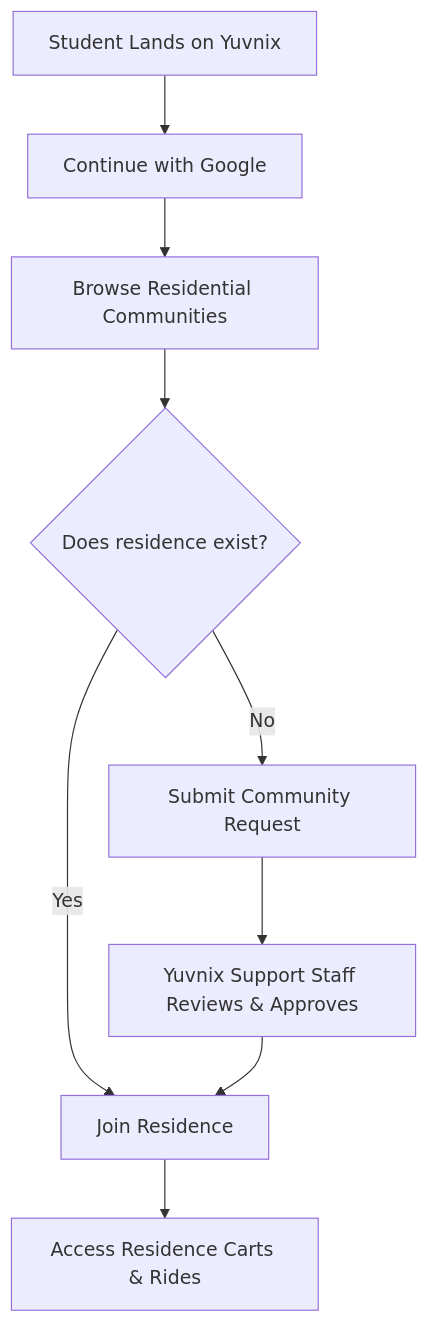
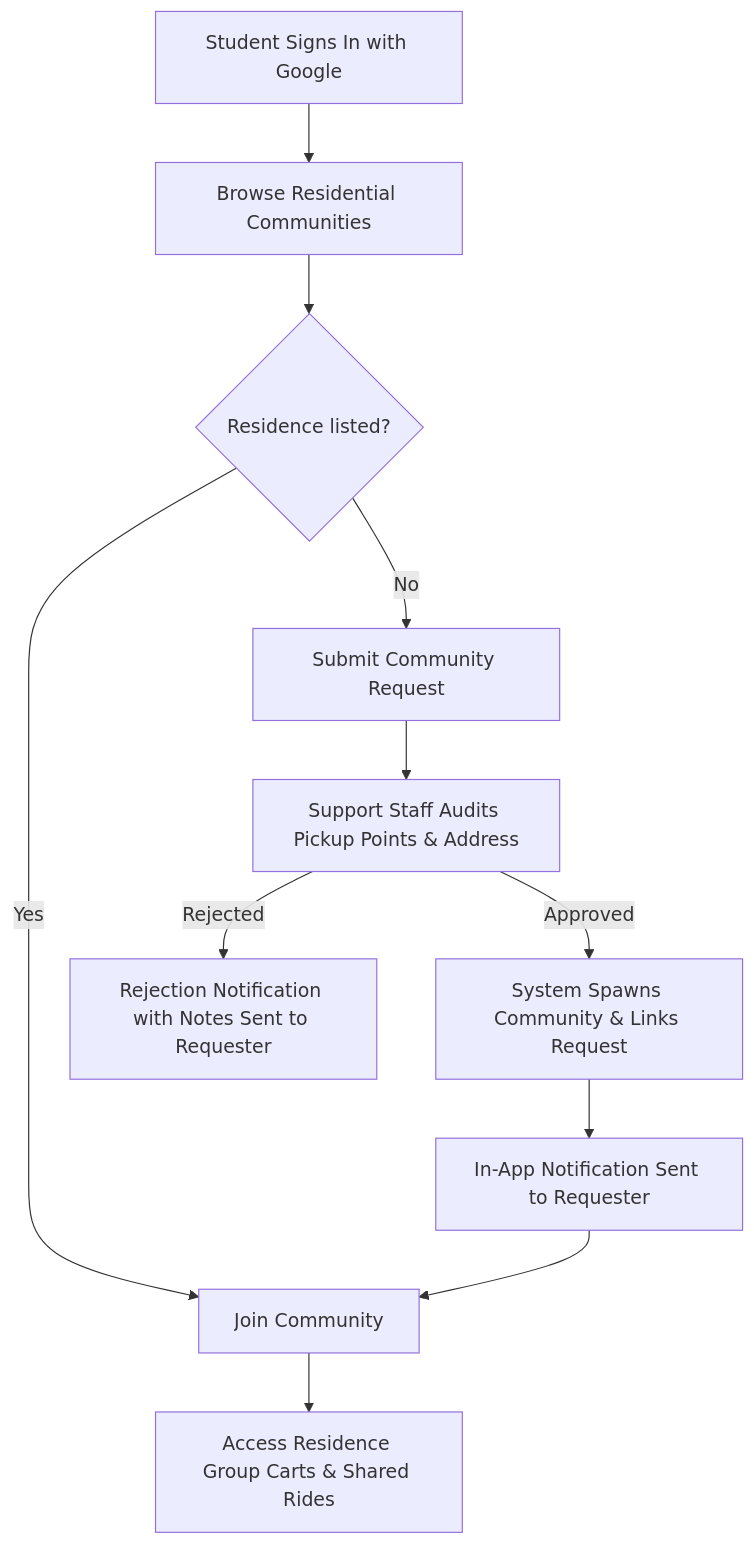
The first of 3 diagrams in docs/PRODUCT_SPEC.md (savanmalani12-sketch/Yuvnix), drawn with Mermaid before and after one commit. The commit also changed other lines of this file and 1 other file, not shown here.

Commit message:
docs: sync updated architecture and product spec documentation

````diff
--- a/docs/PRODUCT_SPEC.md
+++ b/docs/PRODUCT_SPEC.md
@@ -90,11 +102,13 @@
 ```mermaid
 flowchart TD
-    A[Student Lands on Yuvnix] --> B[Continue with Google]
-    B --> C[Browse Residential Communities]
-    C --> D{Does residence exist?}
-    D -- Yes --> E[Join Residence]
-    D -- No --> F[Submit Community Request]
-    F --> G[Yuvnix Support Staff Reviews & Approves]
-    G --> E
-    E --> H[Access Residence Carts & Rides]
+    A[Student Signs In with Google] --> B[Browse Residential Communities]
+    B --> C{Residence listed?}
+    C -- Yes --> D[Join Community]
+    C -- No --> E[Submit Community Request]
+    E --> F[Support Staff Audits Pickup Points & Address]
+    F -- Approved --> G[System Spawns Community & Links Request]
+    G --> H[In-App Notification Sent to Requester]
+    H --> D
+    F -- Rejected --> I[Rejection Notification with Notes Sent to Requester]
+    D --> J[Access Residence Group Carts & Shared Rides]
 ```
````
